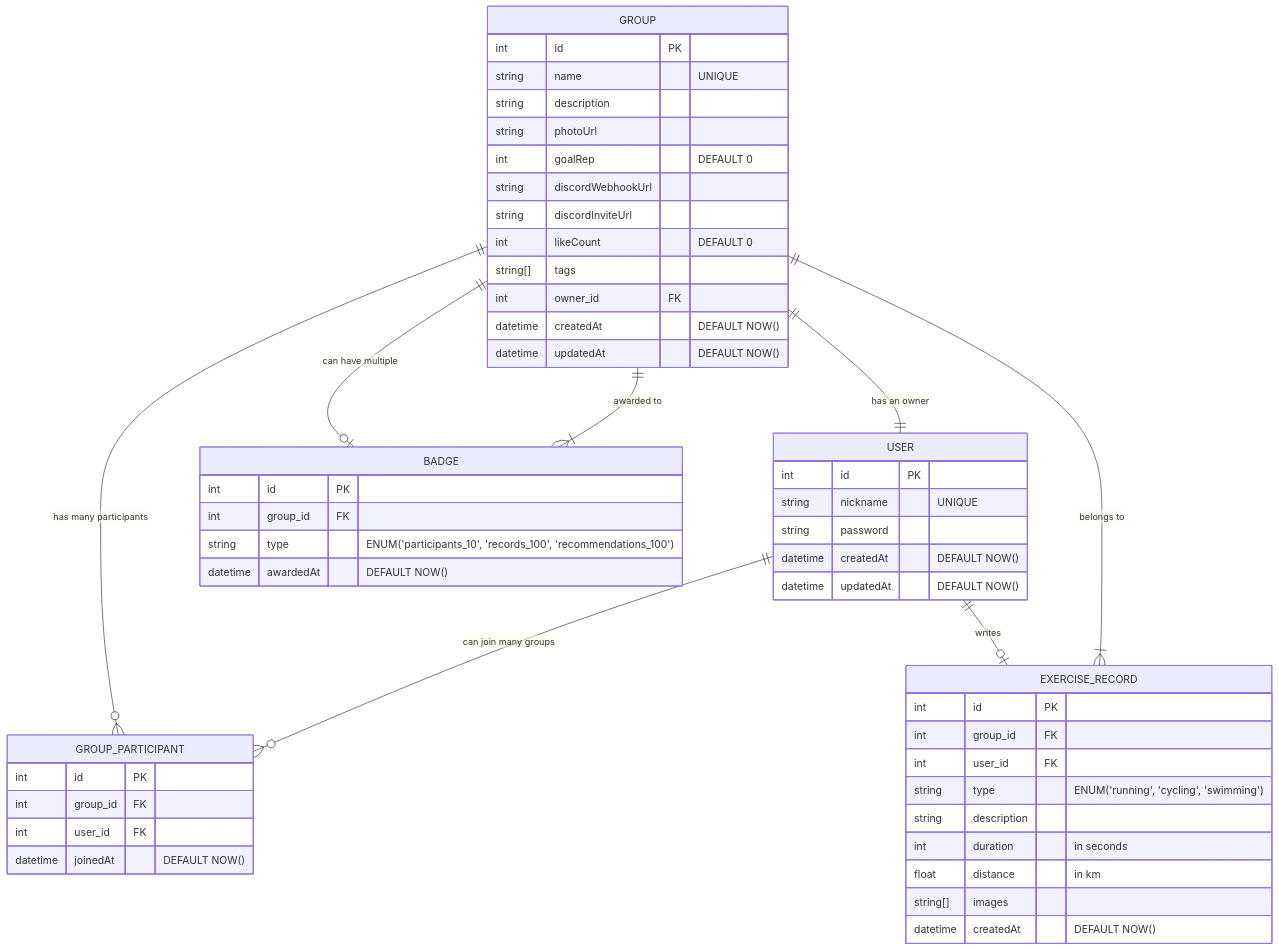
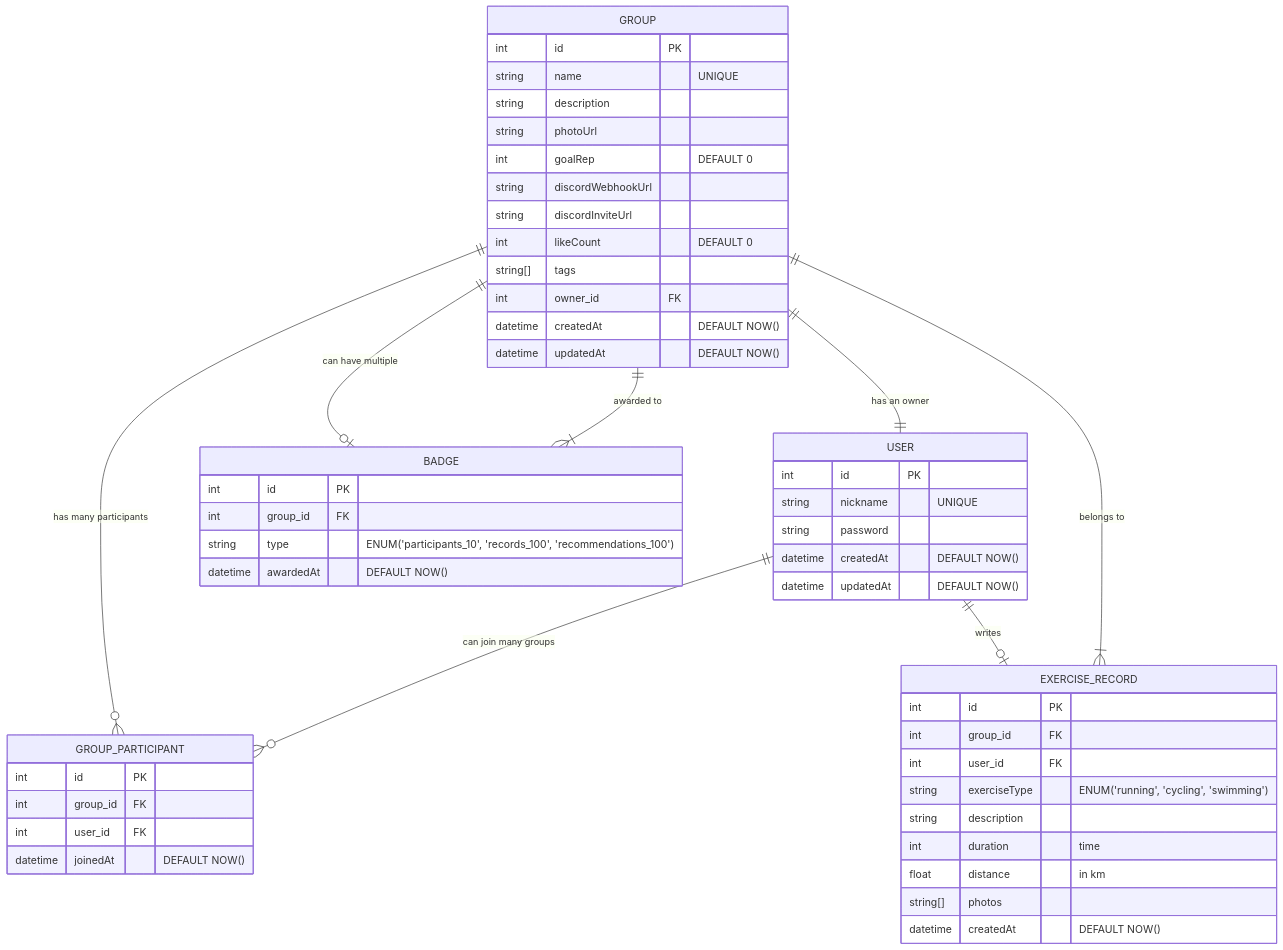
One commit to funfungun/mermaid changed the diagram in README.md. Above: the diagram before and after it, drawn with Mermaid.

````diff
--- a/README.md
+++ b/README.md
@@ -1,60 +1,60 @@
 ```mermaid
 erDiagram
     GROUP {
         int id PK
         string name "UNIQUE"
         string description
         string photoUrl
         int goalRep "DEFAULT 0"
         string discordWebhookUrl
         string discordInviteUrl
         int likeCount "DEFAULT 0"
         string[] tags
         int owner_id FK
         datetime createdAt "DEFAULT NOW()"
         datetime updatedAt "DEFAULT NOW()"
     }
 
     USER {
         int id PK
         string nickname "UNIQUE"
         string password
         datetime createdAt "DEFAULT NOW()"
         datetime updatedAt "DEFAULT NOW()"
     }
 
     GROUP_PARTICIPANT {
         int id PK
         int group_id FK
         int user_id FK
         datetime joinedAt "DEFAULT NOW()"
     }
 
     GROUP ||--o{ GROUP_PARTICIPANT : "has many participants"
     USER ||--o{ GROUP_PARTICIPANT : "can join many groups"
     GROUP ||--|| USER : "has an owner"
     USER ||--o| EXERCISE_RECORD : "writes"
 
     EXERCISE_RECORD {
         int id PK
         int group_id FK
         int user_id FK
-        string type "ENUM('running', 'cycling', 'swimming')"
+        string exerciseType "ENUM('running', 'cycling', 'swimming')"
         string description
-        int duration "in seconds"
+        int duration "time"
         float distance "in km"
-        string[] images
+        string[] photos
         datetime createdAt "DEFAULT NOW()"
     }
     EXERCISE_RECORD }|--|| GROUP : "belongs to"
 
     BADGE {
         int id PK
         int group_id FK
         string type "ENUM('participants_10', 'records_100', 'recommendations_100')"
         datetime awardedAt "DEFAULT NOW()"
     }
     BADGE }|--|| GROUP : "awarded to"
 
     GROUP ||--o| BADGE : "can have multiple"
 ```
````
